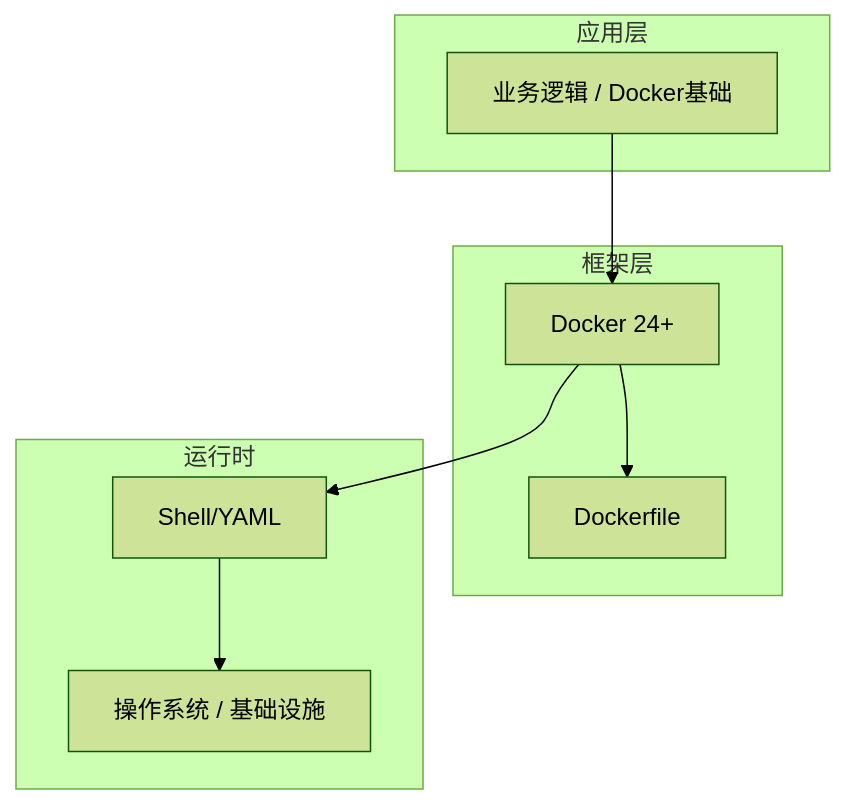
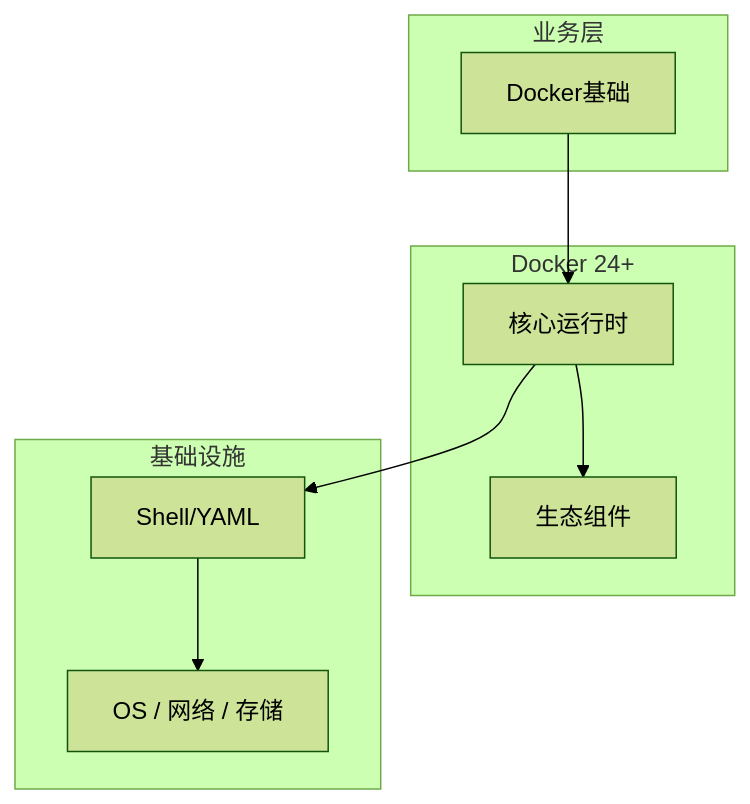
One commit to yanggan2015/knowledge-json-v2 changed the diagram in articles/Docker/chapters/001-Docker基础核心概念与原理.md. Above: the diagram before and after it, drawn with Mermaid (forest theme). The commit also changed other lines of this file and 10127 other files, not shown here.

````diff
--- a/articles/Docker/chapters/001-Docker基础核心概念与原理.md
+++ b/articles/Docker/chapters/001-Docker基础核心概念与原理.md
@@ -45,18 +34,18 @@
 ```mermaid
 graph TB
-    subgraph 应用层
-        A[业务逻辑 / Docker基础]
+    subgraph 业务层
+        A[Docker基础]
     end
-    subgraph 框架层
-        B[Docker 24+]
-        C[Dockerfile]
+    subgraph Docker 24+
+        B[核心运行时]
+        C[生态组件]
     end
-    subgraph 运行时
+    subgraph 基础设施
         D[Shell/YAML]
-        E[操作系统 / 基础设施]
+        E[OS / 网络 / 存储]
     end
     A --> B
     B --> C
     B --> D
     D --> E
 ```
````
